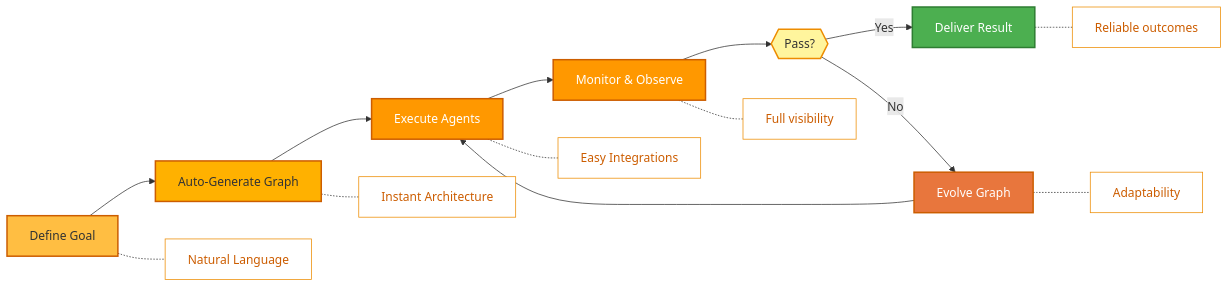
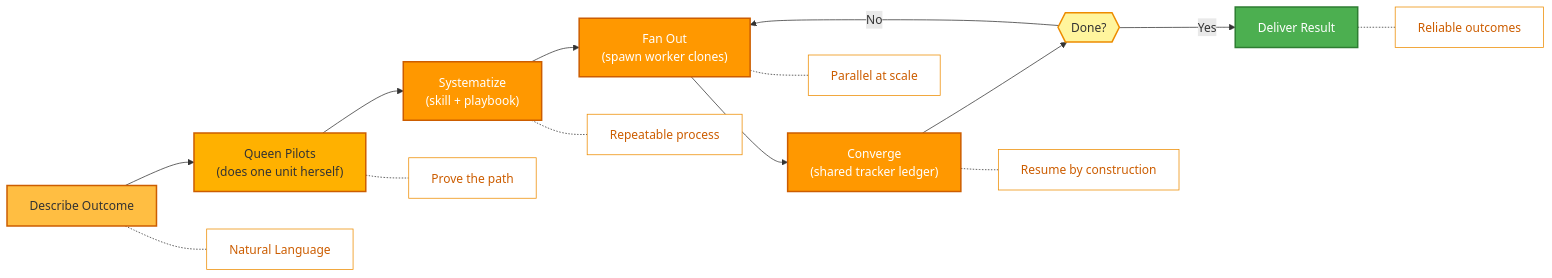
One commit to CloudEngineHub/hive changed the diagram in README.md. Above: the diagram before and after it, drawn with Mermaid. The commit also changed other lines of this file and 30 other files, not shown here.

````diff
--- a/README.md
+++ b/README.md
@@ -163,31 +167,31 @@
 ```mermaid
 flowchart LR
-    GOAL["Define Goal"] --> GEN["Auto-Generate Graph"]
-    GEN --> EXEC["Execute Agents"]
-    EXEC --> MON["Monitor & Observe"]
-    MON --> CHECK{{"Pass?"}}
+    GOAL["Describe Outcome"] --> PILOT["Queen Pilots\n(does one unit herself)"]
+    PILOT --> SYS["Systematize\n(skill + playbook)"]
+    SYS --> FAN["Fan Out\n(spawn worker clones)"]
+    FAN --> CONV["Converge\n(shared tracker ledger)"]
+    CONV --> CHECK{{"Done?"}}
     CHECK -- "Yes" --> DONE["Deliver Result"]
-    CHECK -- "No" --> EVOLVE["Evolve Graph"]
-    EVOLVE --> EXEC
+    CHECK -- "No" --> FAN
 
     GOAL -.- V1["Natural Language"]
-    GEN -.- V2["Instant Architecture"]
-    EXEC -.- V3["Easy Integrations"]
-    MON -.- V4["Full visibility"]
-    EVOLVE -.- V5["Adaptability"]
+    PILOT -.- V2["Prove the path"]
+    SYS -.- V3["Repeatable process"]
+    FAN -.- V4["Parallel at scale"]
+    CONV -.- V5["Resume by construction"]
     DONE -.- V6["Reliable outcomes"]
 
     style GOAL fill:#ffbe42,stroke:#cc5d00,stroke-width:2px,color:#333
-    style GEN fill:#ffb100,stroke:#cc5d00,stroke-width:2px,color:#333
-    style EXEC fill:#ff9800,stroke:#cc5d00,stroke-width:2px,color:#fff
-    style MON fill:#ff9800,stroke:#cc5d00,stroke-width:2px,color:#fff
+    style PILOT fill:#ffb100,stroke:#cc5d00,stroke-width:2px,color:#333
+    style SYS fill:#ff9800,stroke:#cc5d00,stroke-width:2px,color:#fff
+    style FAN fill:#ff9800,stroke:#cc5d00,stroke-width:2px,color:#fff
+    style CONV fill:#ff9800,stroke:#cc5d00,stroke-width:2px,color:#fff
     style CHECK fill:#fff59d,stroke:#ed8c00,stroke-width:2px,color:#333
     style DONE fill:#4caf50,stroke:#2e7d32,stroke-width:2px,color:#fff
-    style EVOLVE fill:#e8763d,stroke:#cc5d00,stroke-width:2px,color:#fff
     style V1 fill:#fff,stroke:#ed8c00,stroke-width:1px,color:#cc5d00
     style V2 fill:#fff,stroke:#ed8c00,stroke-width:1px,color:#cc5d00
     style V3 fill:#fff,stroke:#ed8c00,stroke-width:1px,color:#cc5d00
     style V4 fill:#fff,stroke:#ed8c00,stroke-width:1px,color:#cc5d00
     style V5 fill:#fff,stroke:#ed8c00,stroke-width:1px,color:#cc5d00
     style V6 fill:#fff,stroke:#ed8c00,stroke-width:1px,color:#cc5d00
 ```
````
